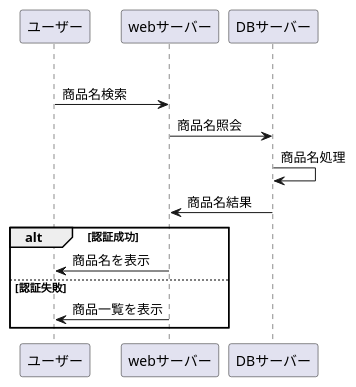
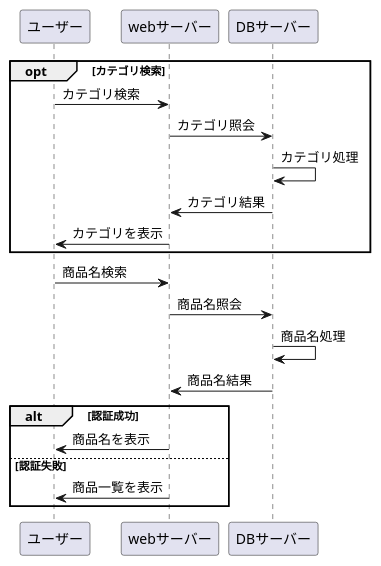
The diagram in syouhinnkennsaku.md (Aso2001403/2021sys-design), drawn with PlantUML before and after one commit.

````diff
--- a/syouhinnkennsaku.md
+++ b/syouhinnkennsaku.md
@@ -1,18 +1,23 @@
 ```uml
 @startuml
 opt カテゴリ検索
+ユーザー -> webサーバー :カテゴリ検索
+webサーバー -> DBサーバー : カテゴリ照会
+DBサーバー -> DBサーバー : カテゴリ処理
+DBサーバー -> webサーバー : カテゴリ結果
+webサーバー -> ユーザー : カテゴリを表示
+end
+
 ユーザー -> webサーバー : 商品名検索
 webサーバー -> DBサーバー : 商品名照会
 DBサーバー -> DBサーバー : 商品名処理
 DBサーバー -> webサーバー : 商品名結果
-
 
 alt 認証成功
 webサーバー -> ユーザー : 商品名を表示
 else 認証失敗
 webサーバー -> ユーザー : 商品一覧を表示
 end
 
-
 @enduml
 ```
````
